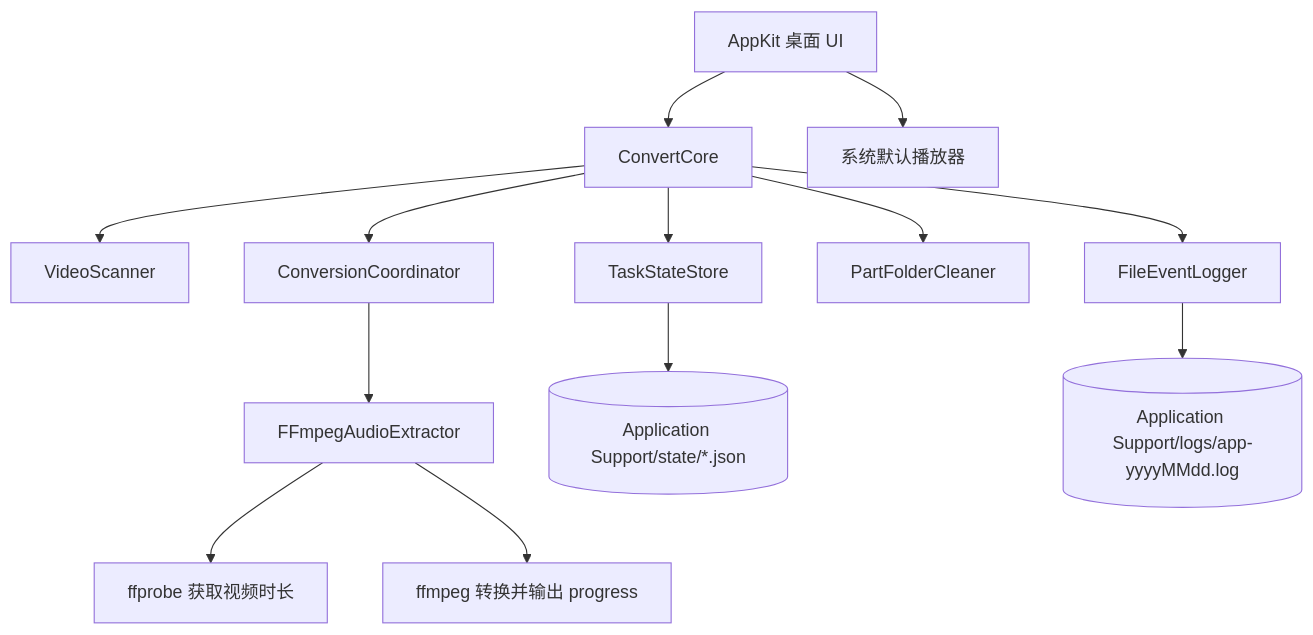
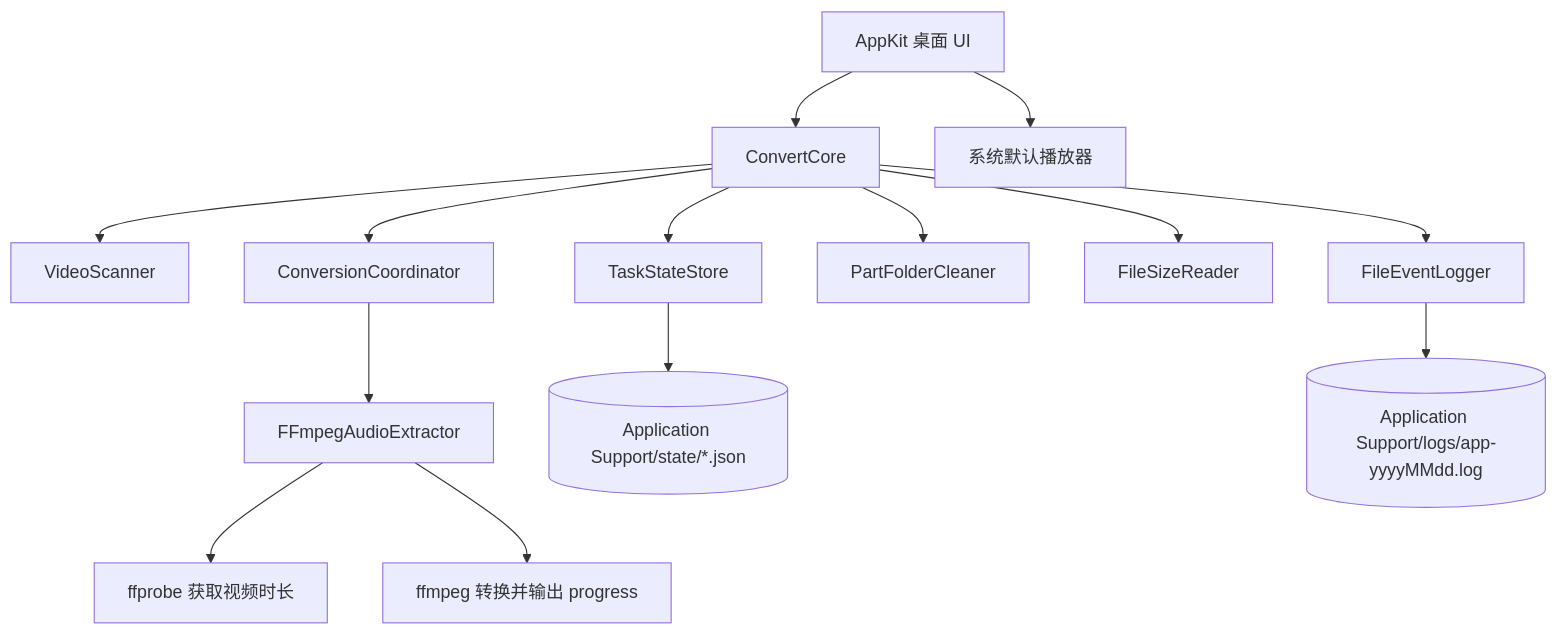
One commit to olojiang/convert_video_2_mp3 changed the first of 4 diagrams in local_docs/设计与实现说明.md. Above: the diagram before and after it, drawn with Mermaid. The commit also changed other lines of this file and 6 other files, not shown here.

````diff
--- a/local_docs/设计与实现说明.md
+++ b/local_docs/设计与实现说明.md
@@ -9,15 +9,16 @@
 ```mermaid
 flowchart TB
     UI[AppKit 桌面 UI] --> Core[ConvertCore]
     UI --> Playback[系统默认播放器]
     Core --> Scanner[VideoScanner]
     Core --> Store[TaskStateStore]
     Core --> Coordinator[ConversionCoordinator]
     Core --> Cleaner[PartFolderCleaner]
+    Core --> Sizes[FileSizeReader]
     Core --> Logger[FileEventLogger]
     Coordinator --> Extractor[FFmpegAudioExtractor]
     Extractor --> FFprobe[ffprobe 获取视频时长]
     Extractor --> FFmpeg[ffmpeg 转换并输出 progress]
     Store --> State[(Application Support/state/*.json)]
     Logger --> Logs[(Application Support/logs/app-yyyyMMdd.log)]
 ```
````
